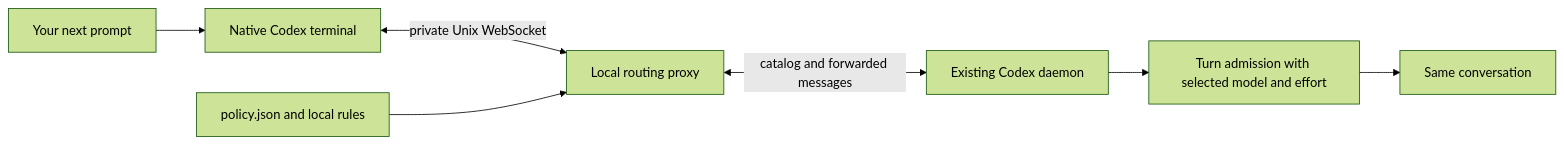
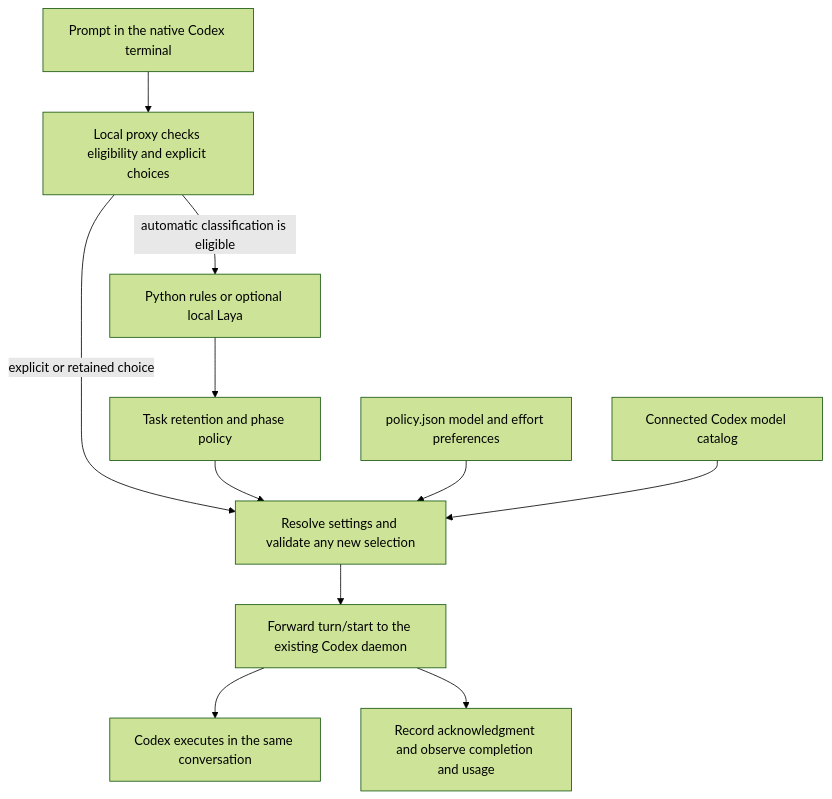
The diagram in README.md (Shrinidhikulkarni7/codex-task-router), drawn with Mermaid (forest theme) before and after one commit. The commit also changed other lines of this file and 4 other files, not shown here.

First line of the commit message:
Explain Codex integration, Laya responsibilities, and readiness evidence

````diff
--- a/README.md
+++ b/README.md
@@ -138,9 +186,13 @@
 ```mermaid
-flowchart LR
-    U[Your next prompt] --> T[Native Codex terminal]
-    T <-->|private Unix WebSocket| P[Local routing proxy]
-    R[policy.json and local rules] --> P
-    P <-->|catalog and forwarded messages| D[Existing Codex daemon]
-    D --> A[Turn admission with selected model and effort]
-    A --> C[Same conversation]
+flowchart TD
+    U[Prompt in the native Codex terminal] --> P[Local proxy checks eligibility and explicit choices]
+    P -->|automatic classification is eligible| C[Python rules or optional local Laya]
+    C --> R[Task retention and phase policy]
+    P -->|explicit or retained choice| V[Resolve settings and validate any new selection]
+    R --> V
+    J[policy.json model and effort preferences] --> V
+    D[Connected Codex model catalog] --> V
+    V --> A[Forward turn/start to the existing Codex daemon]
+    A --> T[Codex executes in the same conversation]
+    A --> H[Record acknowledgment and observe completion and usage]
 ```
````
